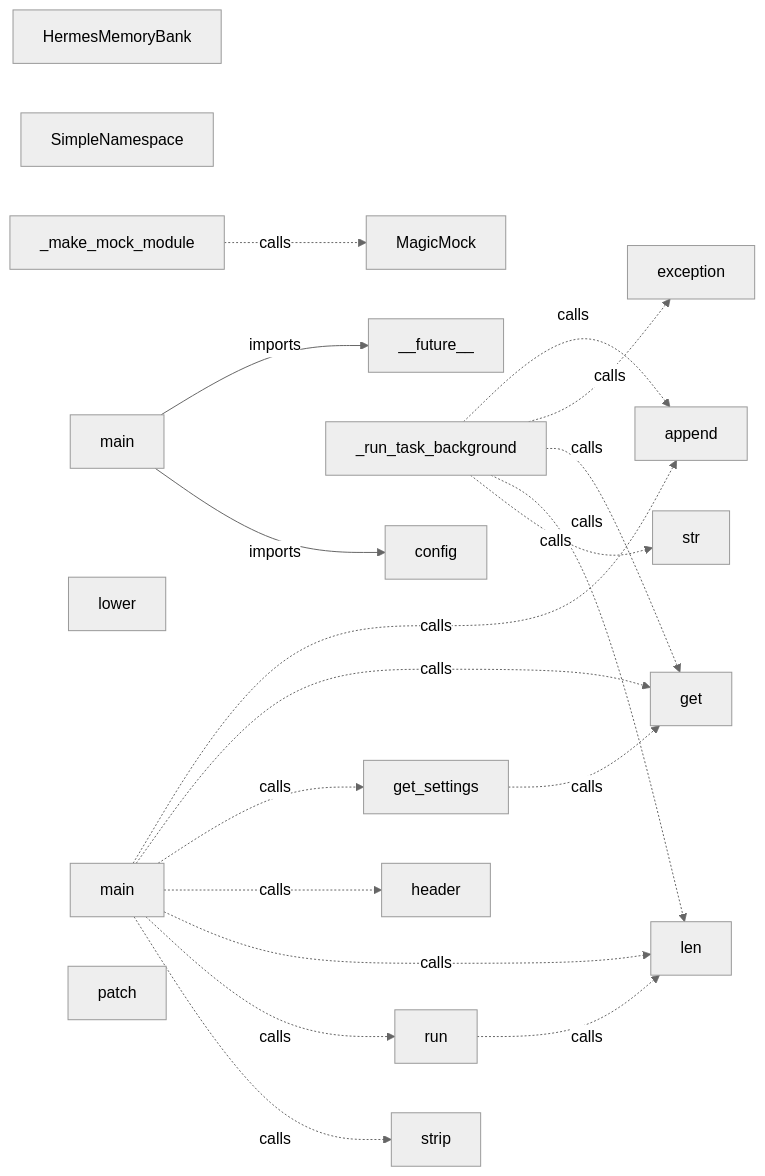
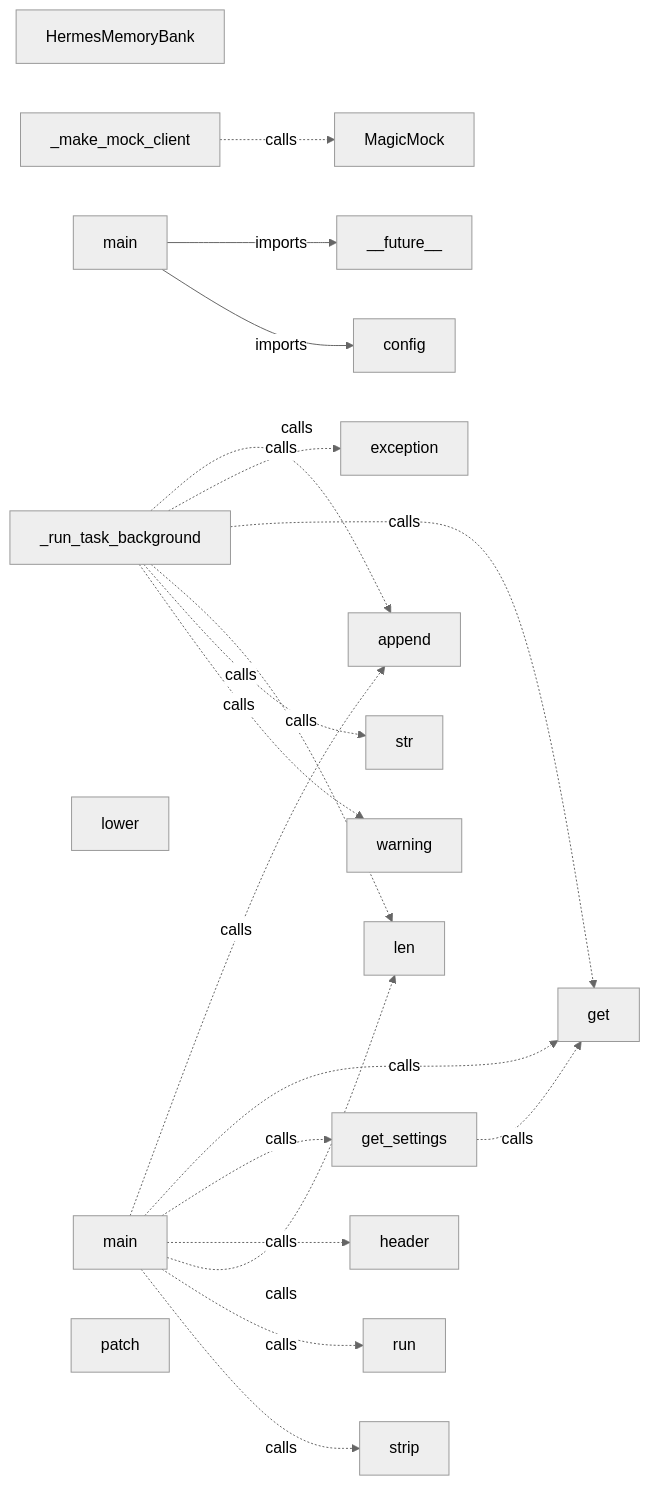
The diagram in .rekipedia/diagrams/module-graph.md (unrealandychan/gcp-hermes-agnet), drawn with Mermaid (neutral theme) before and after one commit. The commit also changed 16 other files, not shown here.

````diff
--- a/.rekipedia/diagrams/module-graph.md
+++ b/.rekipedia/diagrams/module-graph.md
@@ -1,42 +1,42 @@
 ```mermaid
 flowchart LR
   HermesMemoryBank["HermesMemoryBank"]
   MagicMock["MagicMock"]
-  SimpleNamespace["SimpleNamespace"]
   __future__["__future__"]
-  _make_mock_module["_make_mock_module"]
+  _make_mock_client["_make_mock_client"]
   _run_task_background["_run_task_background"]
   append["append"]
   config["config"]
   exception["exception"]
   gateway_main["main"]
   get["get"]
   get_settings["get_settings"]
   header["header"]
   len["len"]
   lower["lower"]
   main["main"]
   patch["patch"]
   run["run"]
   str["str"]
   strip["strip"]
+  warning["warning"]
 
   gateway_main -->|imports| __future__
   gateway_main -->|imports| config
-  _make_mock_module -.->|calls| MagicMock
+  _make_mock_client -.->|calls| MagicMock
   _run_task_background -.->|calls| append
   _run_task_background -.->|calls| exception
   _run_task_background -.->|calls| get
   _run_task_background -.->|calls| len
   _run_task_background -.->|calls| str
+  _run_task_background -.->|calls| warning
   get_settings -.->|calls| get
   main -.->|calls| append
   main -.->|calls| get
   main -.->|calls| get_settings
   main -.->|calls| header
   main -.->|calls| len
   main -.->|calls| run
   main -.->|calls| strip
-  run -.->|calls| len
 
 ```
````
